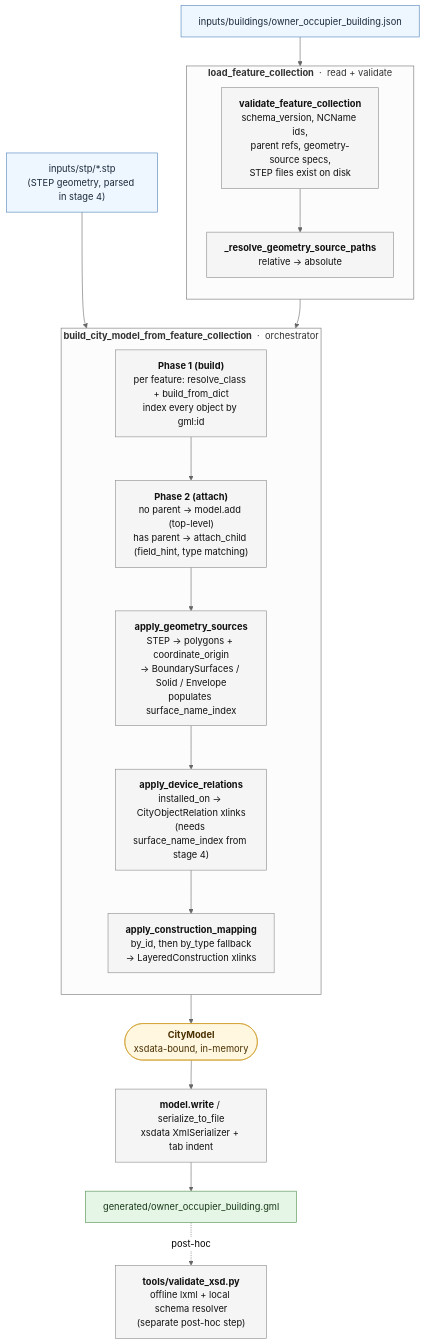
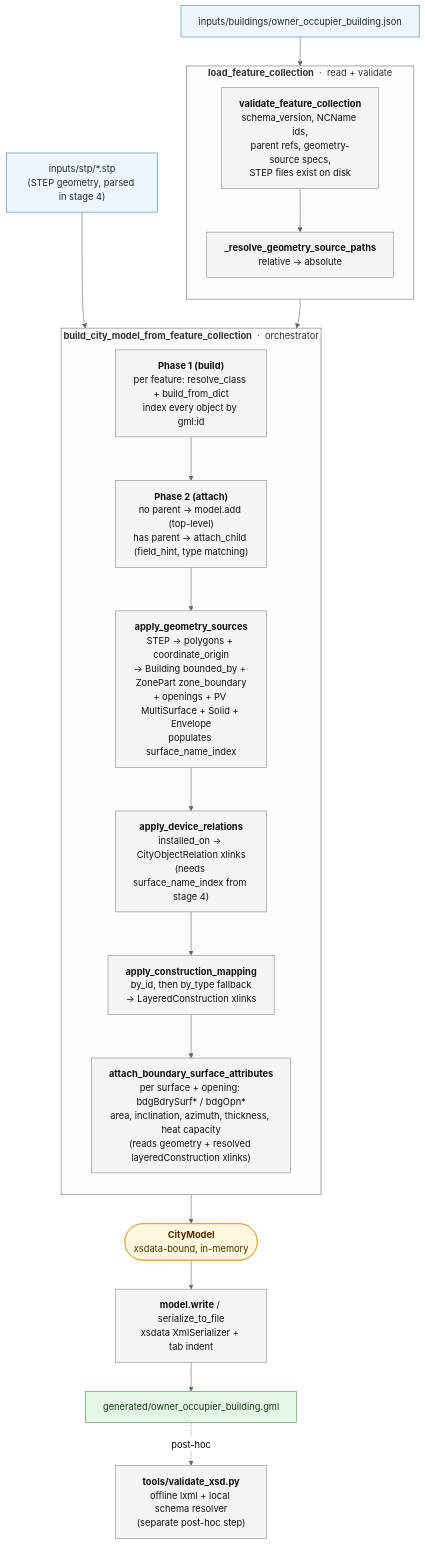
The diagram in README.md (DaanSchlosser/CityGML2.0-EnergyADE3.0_creator), drawn with Mermaid (neutral theme) before and after one commit. The commit also changed other lines of this file, not shown here.

````diff
--- a/README.md
+++ b/README.md
@@ -203,39 +208,40 @@
 ```mermaid
 flowchart TD
     J["inputs/buildings/owner_occupier_building.json"]:::input
     S["inputs/stp/*.stp<br/>(STEP geometry, parsed in stage 4)"]:::input
 
     subgraph Load["<b>load_feature_collection</b> &nbsp;·&nbsp; read + validate"]
         direction TB
         V1["<b>validate_feature_collection</b><br/>schema_version, NCName ids,<br/>parent refs, geometry-source specs,<br/>STEP files exist on disk"]:::stage
         V2["<b>_resolve_geometry_source_paths</b><br/>relative → absolute"]:::stage
         V1 --> V2
     end
 
     subgraph Build["<b>build_city_model_from_feature_collection</b> &nbsp;·&nbsp; orchestrator"]
         direction TB
         P1["<b>Phase 1 (build)</b><br/>per feature: resolve_class + build_from_dict<br/>index every object by gml:id"]:::stage
         P2["<b>Phase 2 (attach)</b><br/>no parent → model.add (top-level)<br/>has parent → attach_child (field_hint, type matching)"]:::stage
-        G["<b>apply_geometry_sources</b><br/>STEP → polygons + coordinate_origin<br/>→ BoundarySurfaces / Solid / Envelope<br/>populates surface_name_index"]:::stage
+        G["<b>apply_geometry_sources</b><br/>STEP → polygons + coordinate_origin<br/>→ Building bounded_by + ZonePart zone_boundary<br/>+ openings + PV MultiSurface + Solid + Envelope<br/>populates surface_name_index"]:::stage
         D["<b>apply_device_relations</b><br/>installed_on → CityObjectRelation xlinks<br/>(needs surface_name_index from stage 4)"]:::stage
         C["<b>apply_construction_mapping</b><br/>by_id, then by_type fallback<br/>→ LayeredConstruction xlinks"]:::stage
-        P1 --> P2 --> G --> D --> C
+        B["<b>attach_boundary_surface_attributes</b><br/>per surface + opening: bdgBdrySurf* / bdgOpn*<br/>area, inclination, azimuth, thickness, heat capacity<br/>(reads geometry + resolved layeredConstruction xlinks)"]:::stage
+        P1 --> P2 --> G --> D --> C --> B
     end
 
     CM(["<b>CityModel</b><br/>xsdata-bound, in-memory"]):::model
     W["<b>model.write</b> / serialize_to_file<br/>xsdata XmlSerializer + tab indent"]:::stage
     OUT["generated/owner_occupier_building.gml"]:::output
     VAL["<b>tools/validate_xsd.py</b><br/>offline lxml + local schema resolver<br/>(separate post-hoc step)"]:::stage
 
     J --> V1
     V2 --> P1
     S --> G
-    C --> CM
+    B --> CM
     CM --> W --> OUT
     OUT -.->|post-hoc| VAL
 
     classDef input fill:#eef6ff,stroke:#4a7fb8,color:#1a2a3a;
     classDef stage fill:#f5f5f5,stroke:#888,color:#111;
     classDef model fill:#fff7e0,stroke:#d0a030,color:#4a3000;
     classDef output fill:#e6f6e6,stroke:#4a8a4a,color:#1a3a1a;
 ```
````
